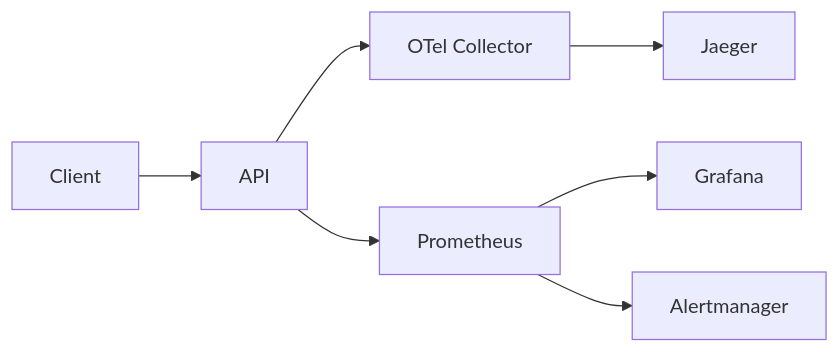
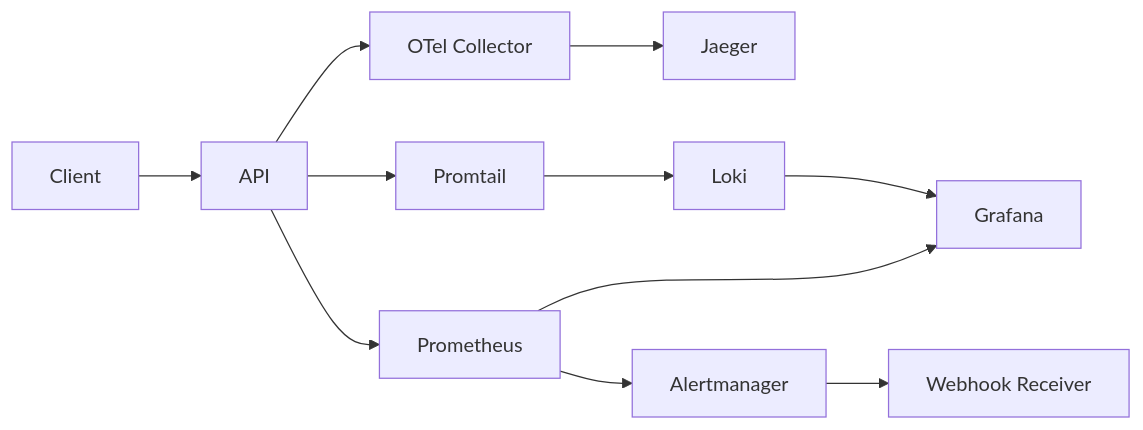
Before and after one commit to Fernandofarfan/sre-observability-lab: the diagram in README.md, drawn with Mermaid. The commit also changed other lines of this file and 35 other files, not shown here.

````diff
--- a/README.md
+++ b/README.md
@@ -21,9 +23,11 @@
 ```mermaid
 graph LR
     Client --> API
     API --> OTelCollector[OTel Collector]
     OTelCollector --> Jaeger
     API --> Prometheus
     Prometheus --> Grafana
     Prometheus --> Alertmanager
+    Alertmanager --> WebhookReceiver[Webhook Receiver]
+    API --> Promtail --> Loki --> Grafana
 ```
````
